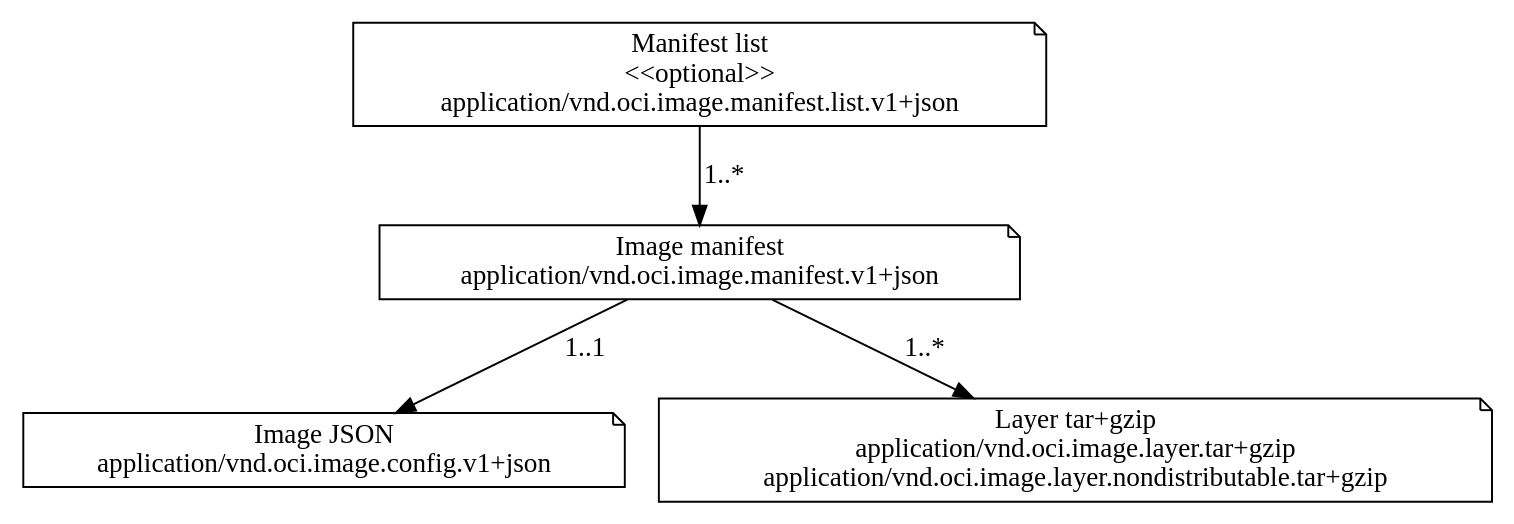
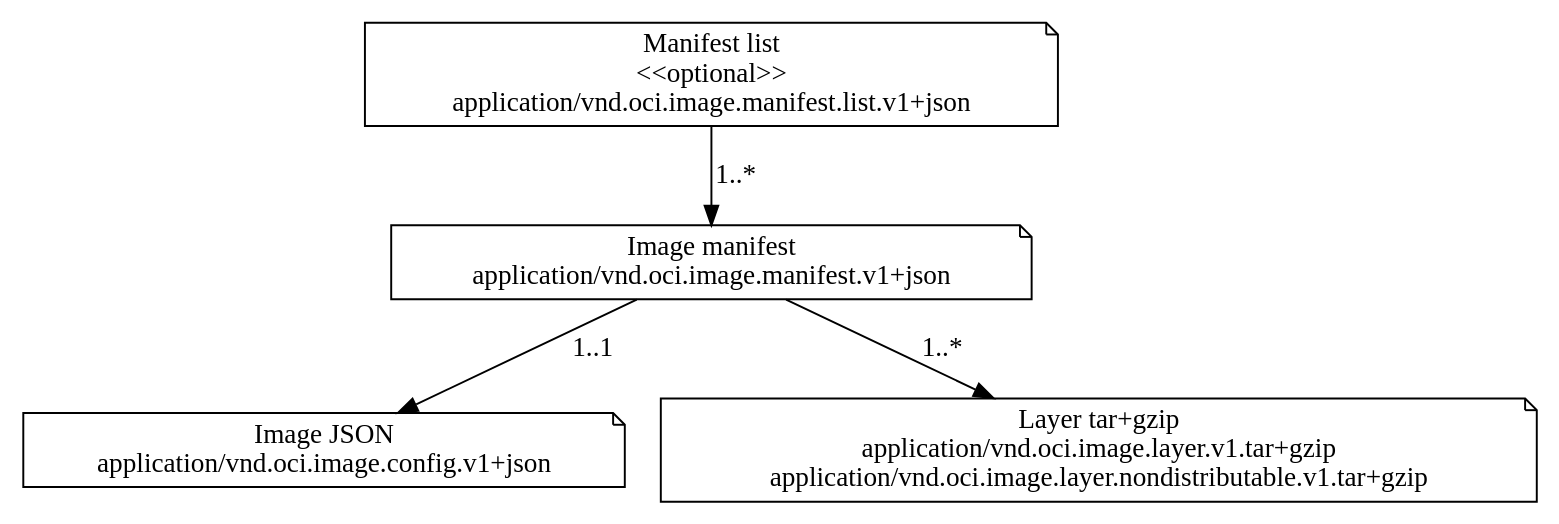
One commit to dattgoswami9lk5g/bremlinr changed the diagram in img/media-types.dot. Above: the diagram before and after it, drawn with Graphviz. The commit also changed 8 other files, not shown here.

```diff
--- a/img/media-types.dot
+++ b/img/media-types.dot
@@ -1,12 +1,12 @@
 digraph G {
   {
     manifestList [shape=note, label="Manifest list\n<<optional>>\napplication/vnd.oci.image.manifest.list.v1+json"]
     manifest [shape=note, label="Image manifest\napplication/vnd.oci.image.manifest.v1+json"]
     config [shape=note, label="Image JSON\napplication/vnd.oci.image.config.v1+json"]
-    layer [shape=note, label="Layer tar+gzip\napplication/vnd.oci.image.layer.tar+gzip\napplication/vnd.oci.image.layer.nondistributable.tar+gzip"]
+    layer [shape=note, label="Layer tar+gzip\napplication/vnd.oci.image.layer.v1.tar+gzip\napplication/vnd.oci.image.layer.nondistributable.v1.tar+gzip"]
   }
 
   manifestList -> manifest [label="1..*"]
   manifest -> config [label="1..1"]
   manifest -> layer [label="1..*"]
 }
```
